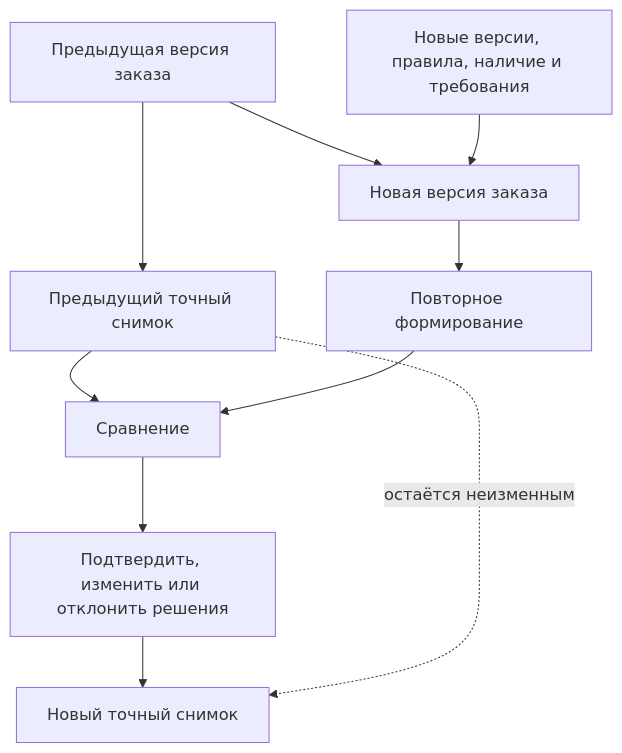
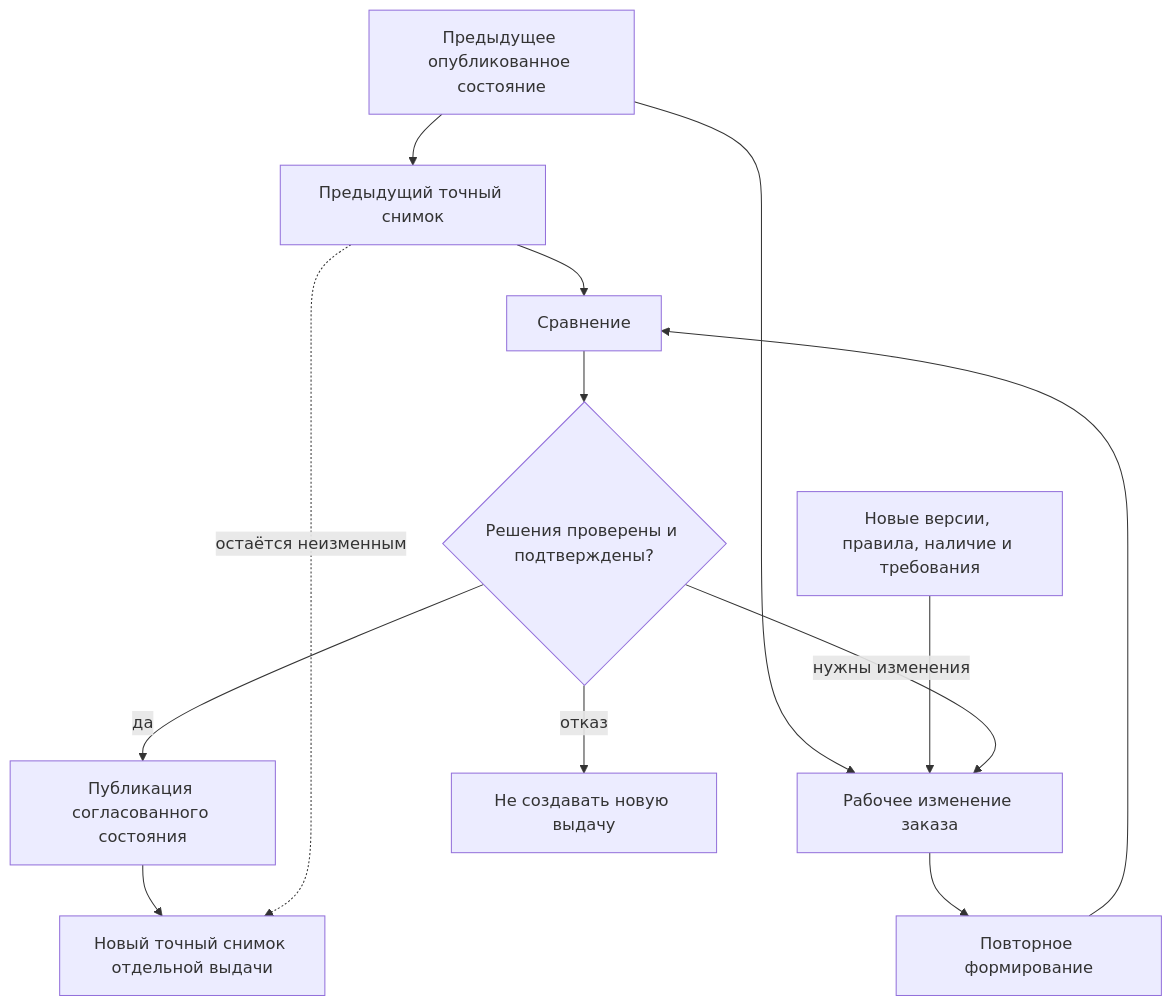
The diagram in wiki/Order-replanning.md (ZelAnton/Interlink-product-book), drawn with Mermaid before and after one commit. The commit also changed other lines of this file and 231 other files, not shown here.

````diff
--- a/wiki/Order-replanning.md
+++ b/wiki/Order-replanning.md
@@ -9,12 +11,15 @@
 ```mermaid
 flowchart TD
-    A["Предыдущая версия заказа"] --> B["Предыдущий точный снимок"]
-    A --> C["Новая версия заказа"]
+    A["Предыдущее опубликованное состояние"] --> B["Предыдущий точный снимок"]
+    A --> C["Рабочее изменение заказа"]
     D["Новые версии, правила, наличие и требования"] --> C
     C --> E["Повторное формирование"]
     B --> F["Сравнение"]
     E --> F
-    F --> G["Подтвердить, изменить или отклонить решения"]
-    G --> H["Новый точный снимок"]
+    F --> G{"Решения проверены и подтверждены?"}
+    G -->|"да"| P["Публикация согласованного состояния"]
+    G -->|"нужны изменения"| C
+    G -->|"отказ"| X["Не создавать новую выдачу"]
+    P --> H["Новый точный снимок отдельной выдачи"]
     B -.->|"остаётся неизменным"| H
 ```
````
